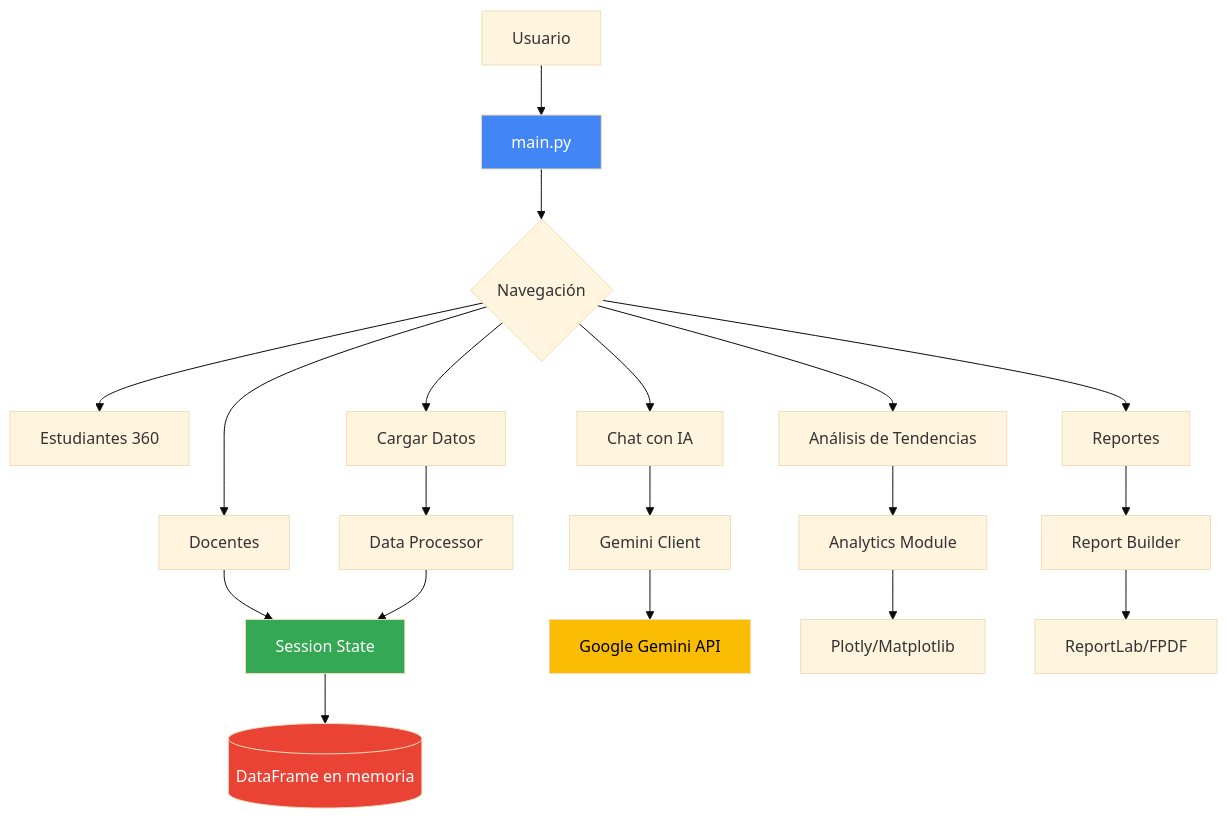
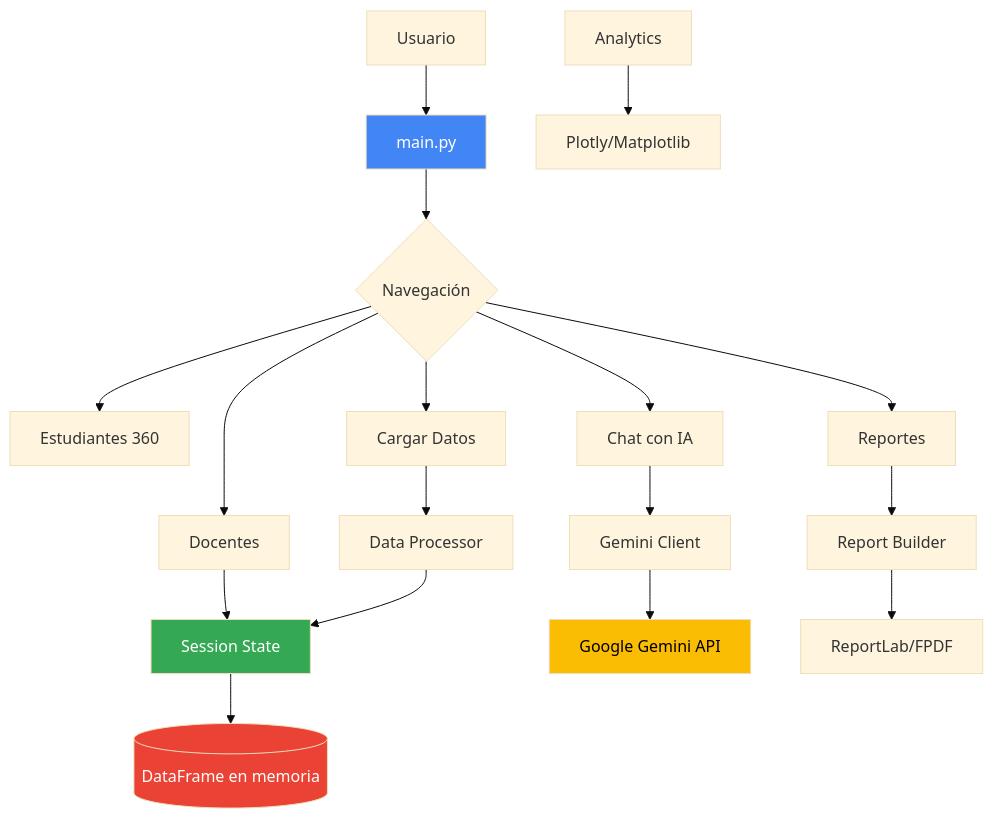
Before and after one commit to SanDamian99/SaludOrganizacional: the first of 4 diagrams in ARCHITECTURE.md, drawn with Mermaid (base theme). The commit also changed other lines of this file and 6 other files, not shown here.

First line of the commit message:
feat(nav): quita la página «Análisis de tendencias»

````diff
--- a/ARCHITECTURE.md
+++ b/ARCHITECTURE.md
@@ -72,30 +71,28 @@
 ```mermaid
 graph TB
     User[Usuario] --> Main[main.py]
     Main --> Nav{Navegación}
     
     Nav --> Docentes[Docentes]
     Nav --> Estudiantes[Estudiantes 360]
     Nav --> Chat[Chat con IA]
     Nav --> Upload[Cargar Datos]
-    Nav --> Trends[Análisis de Tendencias]
     Nav --> Reports[Reportes]
     
     Docentes --> State[Session State]
     Chat --> Gemini[Gemini Client]
     Upload --> Processor[Data Processor]
-    Trends --> Analytics[Analytics Module]
     Reports --> ReportBuilder[Report Builder]
     
     Processor --> State
     State --> DB[(DataFrame en memoria)]
     
     Gemini --> API[Google Gemini API]
     Analytics --> Viz[Plotly/Matplotlib]
     ReportBuilder --> PDF[ReportLab/FPDF]
     
     style Main fill:#4285F4,color:#fff
     style State fill:#34A853,color:#fff
     style API fill:#FBBC04,color:#000
     style DB fill:#EA4335,color:#fff
 ```
````
